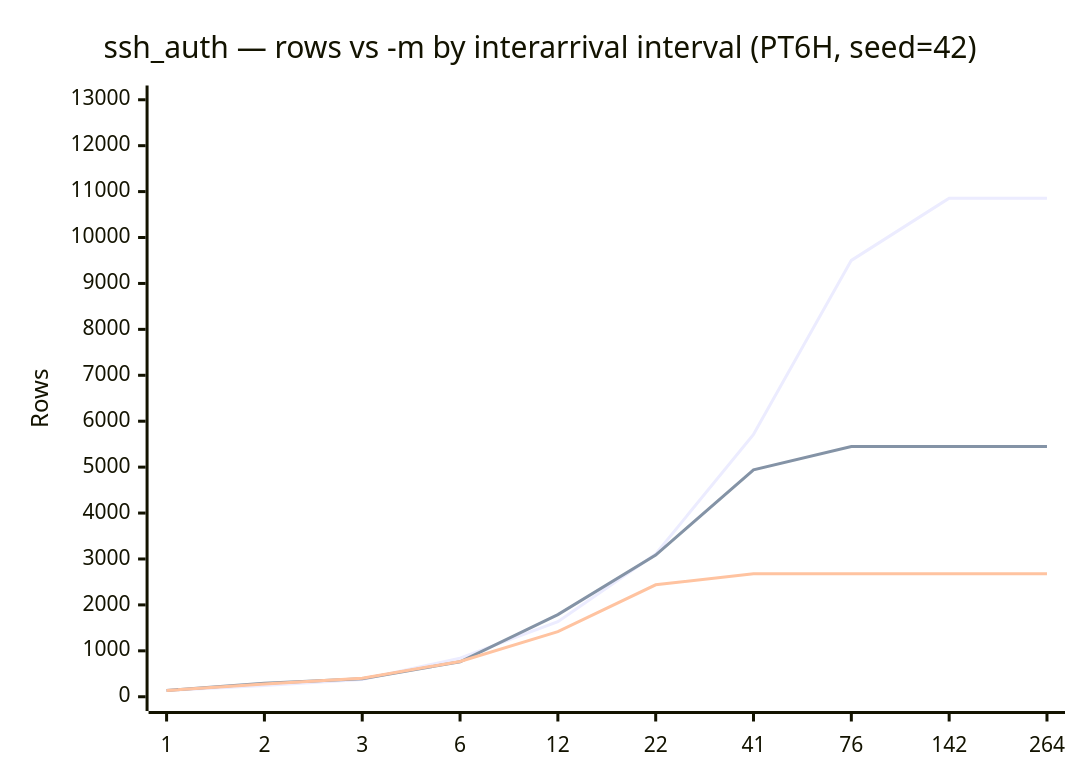
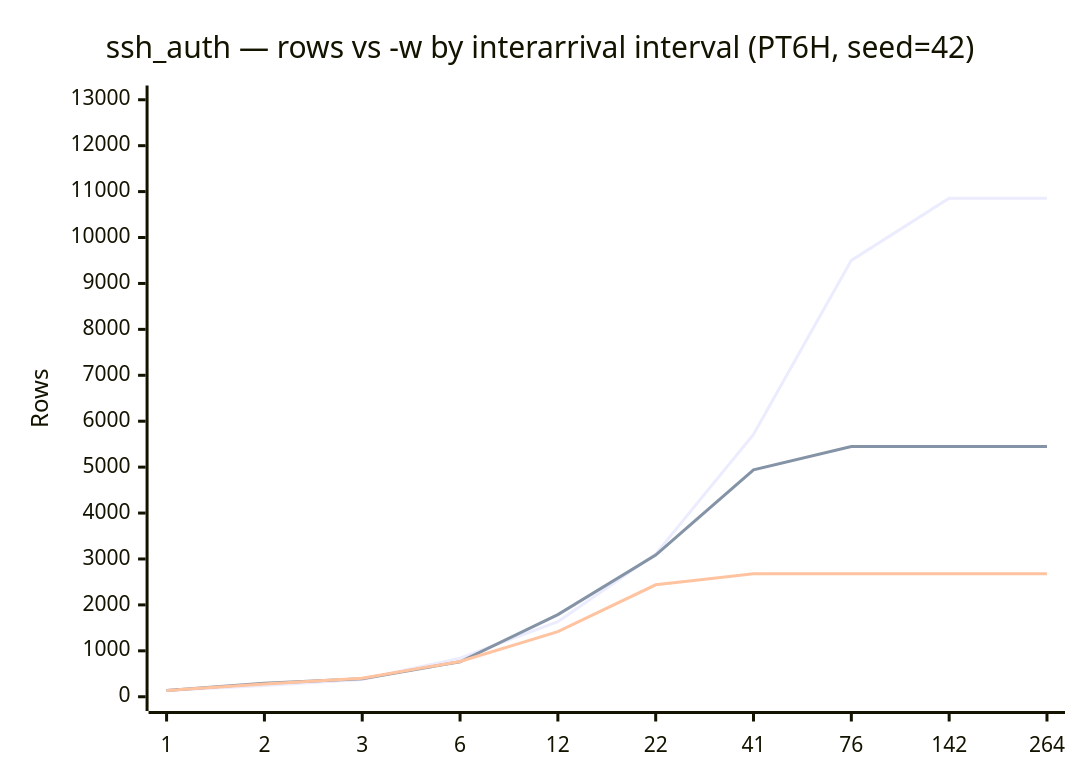
One commit to implydata/imply-eventgenerator changed the second of 2 diagrams in docs/presets/ssh_auth.md. Above: the diagram before and after it, drawn with Mermaid. The commit also changed other lines of this file and 22 other files, not shown here.

````diff
--- a/docs/presets/ssh_auth.md
+++ b/docs/presets/ssh_auth.md
@@ -84,9 +84,9 @@
 ```mermaid
 xychart-beta
-    title "ssh_auth — rows vs -m by interarrival interval (PT6H, seed=42)"
+    title "ssh_auth — rows vs -w by interarrival interval (PT6H, seed=42)"
     x-axis [1, 2, 3, 6, 12, 22, 41, 76, 142, 264]
     y-axis "Rows" 0 --> 13000
     line [136, 247, 375, 840, 1635, 3107, 5714, 9502, 10857, 10857]
     line [136, 296, 390, 762, 1789, 3084, 4942, 5450, 5450, 5450]
     line [136, 280, 404, 769, 1417, 2437, 2679, 2679, 2679, 2679]
 ```
````
